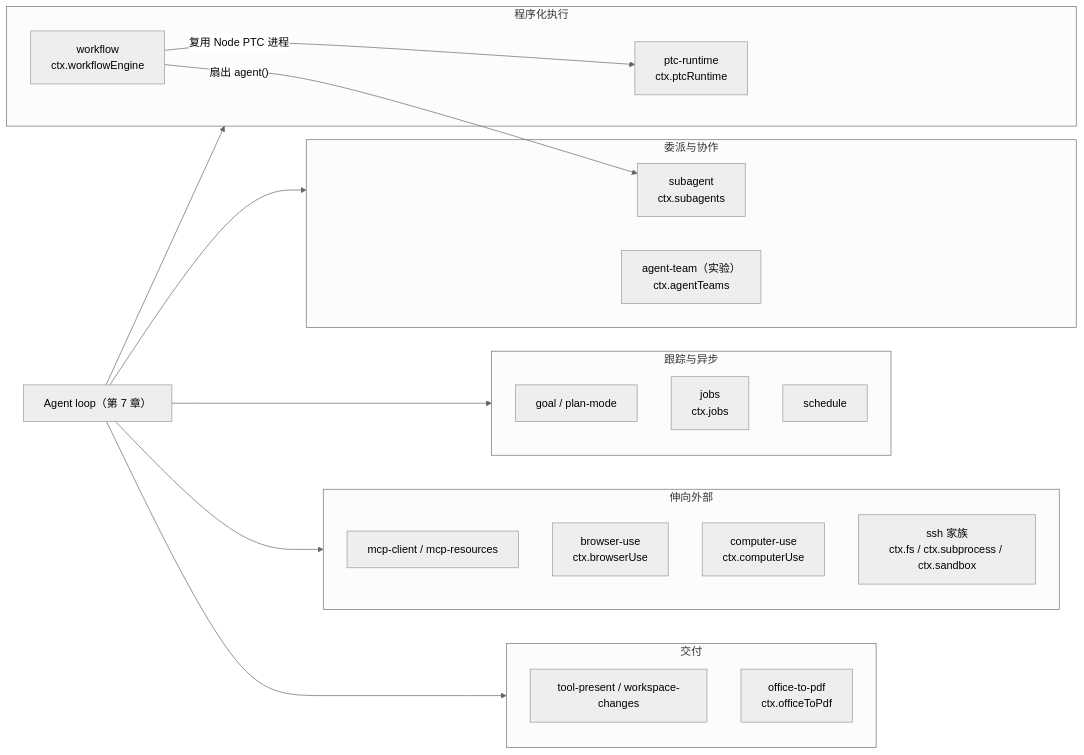
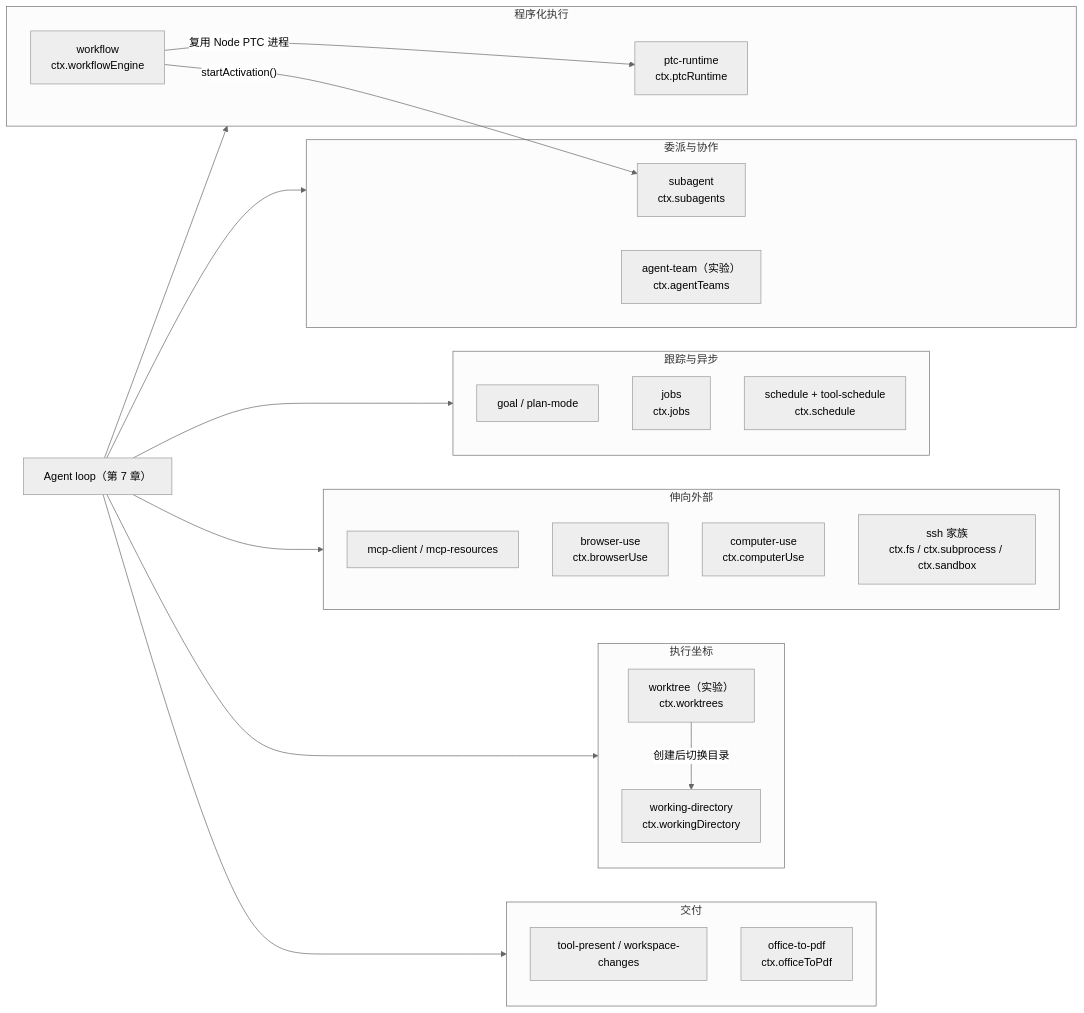
One commit to vinthuy/deepseek-harness-book changed the first of 3 diagrams in 13-进阶能力与生态.md. Above: the diagram before and after it, drawn with Mermaid (neutral theme). The commit also changed other lines of this file and 21 other files, not shown here.

````diff
--- a/13-进阶能力与生态.md
+++ b/13-进阶能力与生态.md
@@ -14,34 +14,40 @@
 ```mermaid
 flowchart LR
     Agent["Agent loop（第 7 章）"]
     subgraph Delegate["委派与协作"]
         SA["subagent<br/>ctx.subagents"]
         TEAM["agent-team（实验）<br/>ctx.agentTeams"]
     end
     subgraph Program["程序化执行"]
         PTC["ptc-runtime<br/>ctx.ptcRuntime"]
         WF["workflow<br/>ctx.workflowEngine"]
     end
     subgraph Track["跟踪与异步"]
         GOAL["goal / plan-mode"]
         JOBS["jobs<br/>ctx.jobs"]
-        SCH["schedule"]
+        SCH["schedule + tool-schedule<br/>ctx.schedule"]
     end
     subgraph Reach["伸向外部"]
         MCP["mcp-client / mcp-resources"]
         BU["browser-use<br/>ctx.browserUse"]
         CU["computer-use<br/>ctx.computerUse"]
         SSH["ssh 家族<br/>ctx.fs / ctx.subprocess / ctx.sandbox"]
+    end
+    subgraph Where["执行坐标"]
+        WD["working-directory<br/>ctx.workingDirectory"]
+        WT["worktree（实验）<br/>ctx.worktrees"]
     end
     subgraph Deliver["交付"]
         DLV["tool-present / workspace-changes"]
         DOC["office-to-pdf<br/>ctx.officeToPdf"]
     end
     Agent --> Delegate
     Agent --> Program
     Agent --> Track
     Agent --> Reach
+    Agent --> Where
     Agent --> Deliver
     WF -->|"复用 Node PTC 进程"| PTC
-    WF -->|"扇出 agent()"| SA
+    WF -->|"startActivation()"| SA
+    WT -->|"创建后切换目录"| WD
 ```
````
